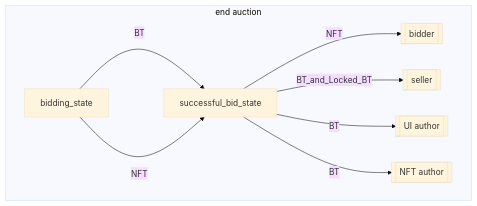
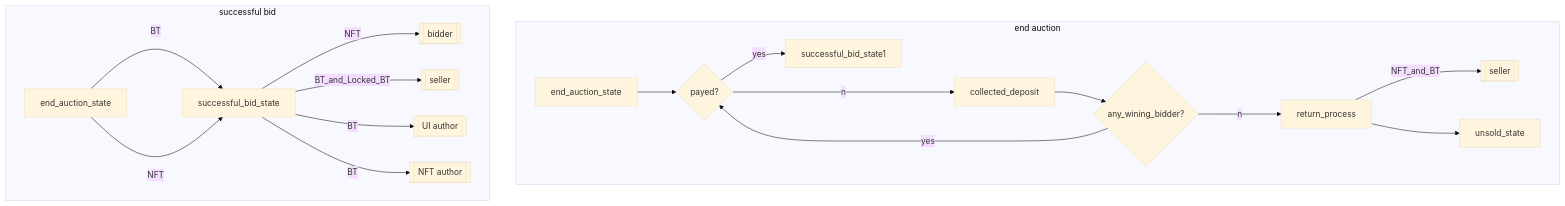
The seventh of 7 diagrams in x/nftmarket/spec/03_auction_state.md (UnUniFi/chain), drawn with Mermaid (base theme) before and after one commit. The commit also changed other lines of this file and 3 other files, not shown here.

````diff
--- a/x/nftmarket/spec/03_auction_state.md
+++ b/x/nftmarket/spec/03_auction_state.md
@@ -160,17 +169,30 @@
 ```mermaid
 flowchart TD
 
 subgraph end auction
+	seller2[[seller]]
+	successful_bid_state1[successful_bid_state1]
+	end_auction_state  --> check_pay{payed?}
+	check_pay  --yes--> successful_bid_state1
+	check_pay  --no--> collected_deposit
+	collected_deposit --> check_wining_bidder{any_wining_bidder?}
+	check_wining_bidder --yes--> check_pay
+	check_wining_bidder --no--> return_process
+	return_process --NFT_and_BT--> seller2
+	return_process --> unsold_state
+end
+
+subgraph successful bid
 	bidder3[[bidder]]
 	seller3[[seller]]
 	NFT_author[[NFT author]]
 	UI_author[[UI author]]
-	bidding_state3[bidding_state]
-	bidding_state3  --BT--> successful_bid_state
-	bidding_state3  --NFT--> successful_bid_state
+	end_auction_state3[end_auction_state]
+	end_auction_state3  --BT--> successful_bid_state
+	end_auction_state3  --NFT--> successful_bid_state
 	successful_bid_state  --BT_and_Locked_BT--> seller3
   successful_bid_state  --BT--> UI_author
 	successful_bid_state  --BT--> NFT_author
 	successful_bid_state  --NFT--> bidder3
 end
 ```
````
